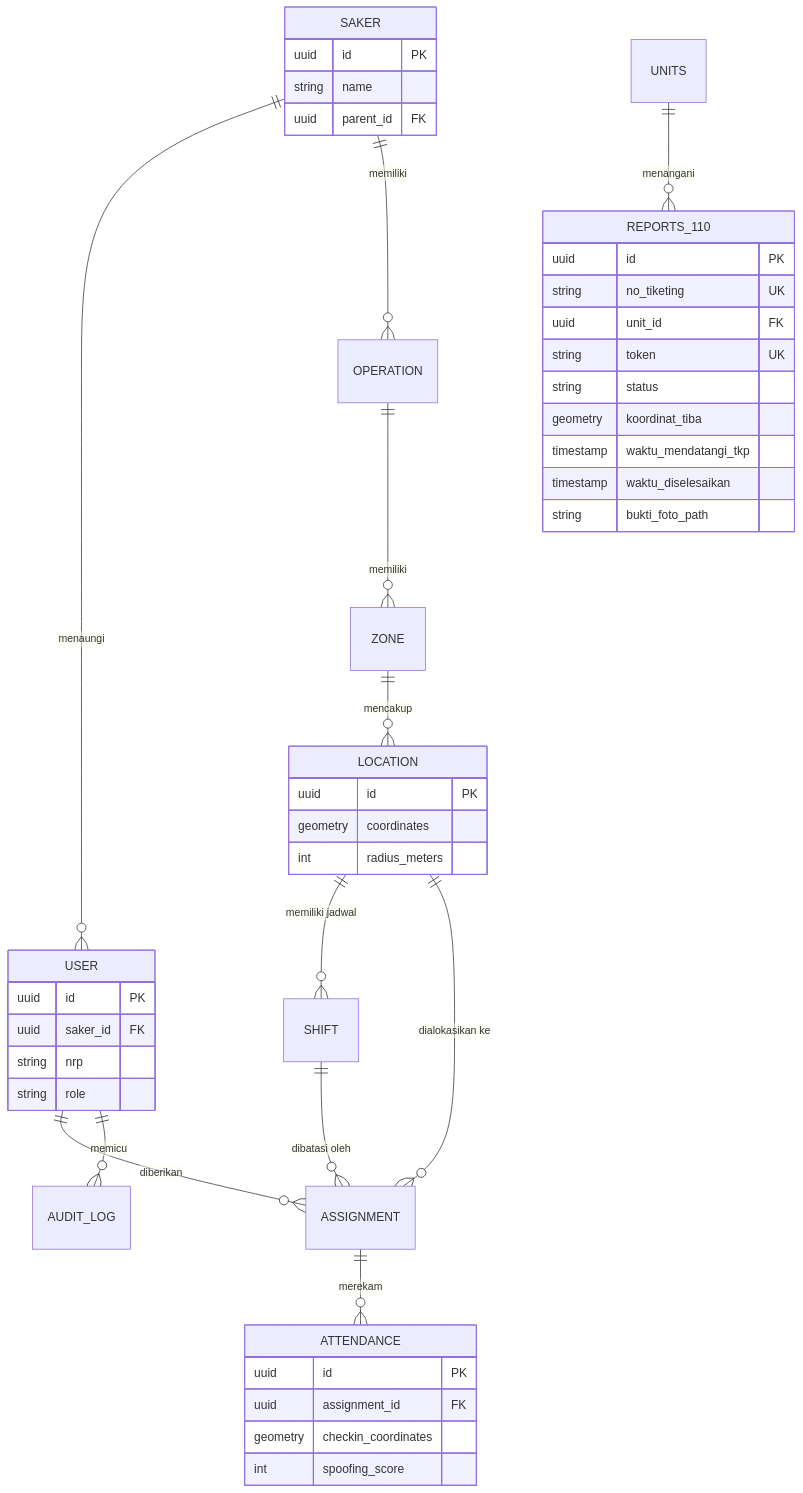
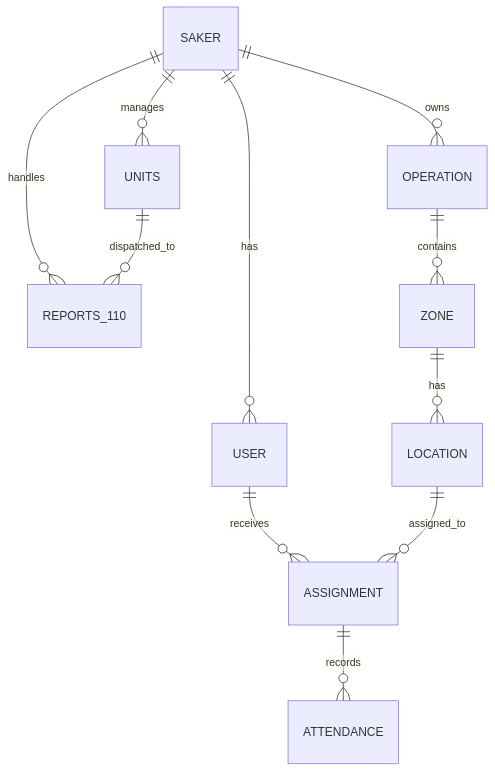
Before and after one commit to Sxuoi/police-hazard: the second of 5 diagrams in PRD.md, drawn with Mermaid. The commit also changed other lines of this file and 15 other files, not shown here.

````diff
--- a/PRD.md
+++ b/PRD.md
@@ -170,48 +226,13 @@
 ```mermaid
 erDiagram
-    SAKER ||--o{ USER : "menaungi"
-    SAKER ||--o{ OPERATION : "memiliki"
-    OPERATION ||--o{ ZONE : "memiliki"
-    ZONE ||--o{ LOCATION : "mencakup"
-    LOCATION ||--o{ SHIFT : "memiliki jadwal"
-    USER ||--o{ ASSIGNMENT : "diberikan"
-    LOCATION ||--o{ ASSIGNMENT : "dialokasikan ke"
-    SHIFT ||--o{ ASSIGNMENT : "dibatasi oleh"
-    ASSIGNMENT ||--o{ ATTENDANCE : "merekam"
-    USER ||--o{ AUDIT_LOG : "memicu"
-    UNITS ||--o{ REPORTS_110 : "menangani"
-
-    SAKER {
-        uuid id PK
-        string name
-        uuid parent_id FK
-    }
-    USER {
-        uuid id PK
-        uuid saker_id FK
-        string nrp
-        string role
-    }
-    LOCATION {
-        uuid id PK
-        geometry coordinates
-        int radius_meters
-    }
-    ATTENDANCE {
-        uuid id PK
-        uuid assignment_id FK
-        geometry checkin_coordinates
-        int spoofing_score
-    }
-    REPORTS_110 {
-        uuid id PK
-        string no_tiketing UK
-        uuid unit_id FK
-        string token UK
-        string status
-        geometry koordinat_tiba
-        timestamp waktu_mendatangi_tkp
-        timestamp waktu_diselesaikan
-        string bukti_foto_path
-    }
+    SAKER ||--o{ USER : "has"
+    SAKER ||--o{ OPERATION : "owns"
+    SAKER ||--o{ REPORTS_110 : "handles"
+    SAKER ||--o{ UNITS : "manages"
+    OPERATION ||--o{ ZONE : "contains"
+    ZONE ||--o{ LOCATION : "has"
+    USER ||--o{ ASSIGNMENT : "receives"
+    LOCATION ||--o{ ASSIGNMENT : "assigned_to"
+    ASSIGNMENT ||--o{ ATTENDANCE : "records"
+    UNITS ||--o{ REPORTS_110 : "dispatched_to"
 ```
````
